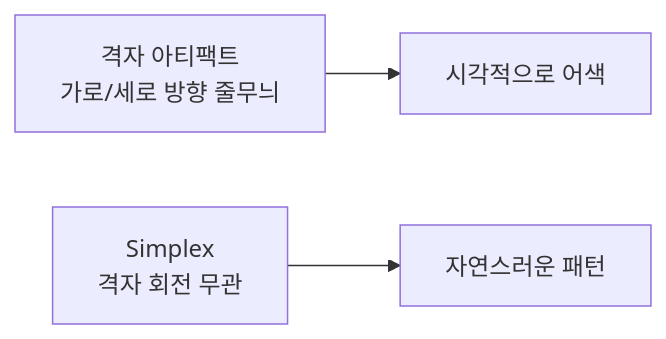
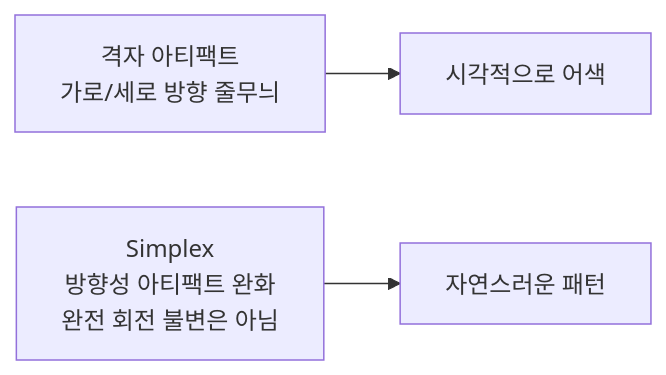
One commit to Rein-ArXiv/game-dev-curriculum changed the first of 7 diagrams in math/part10_procedural_noise.md. Above: the diagram before and after it, drawn with Mermaid. The commit also changed other lines of this file and 279 other files, not shown here.

````diff
--- a/math/part10_procedural_noise.md
+++ b/math/part10_procedural_noise.md
@@ -69,5 +69,5 @@
 ```mermaid
 flowchart LR
     Bad[격자 아티팩트<br/>가로/세로 방향 줄무늬] --> Visible[시각적으로 어색]
-    Good[Simplex<br/>격자 회전 무관] --> Natural[자연스러운 패턴]
+    Good[Simplex<br/>방향성 아티팩트 완화<br/>완전 회전 불변은 아님] --> Natural[자연스러운 패턴]
 ```
````
